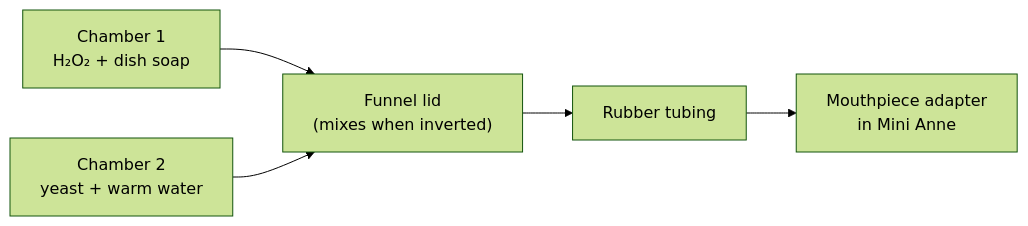
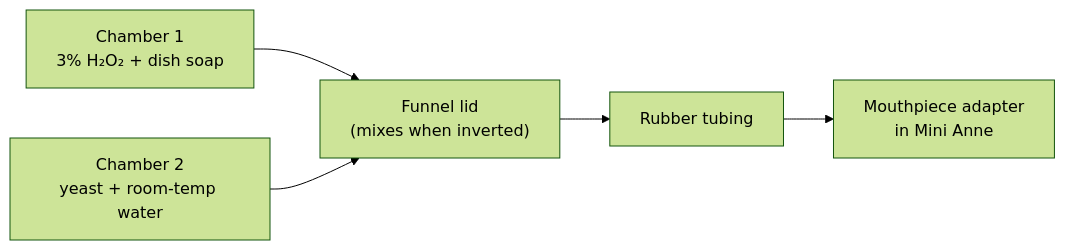
One commit to LavaTiger99/drowning-foaming-mannequin changed the diagram in README.md. Above: the diagram before and after it, drawn with Mermaid (forest theme). The commit also changed other lines of this file and 3 other files, not shown here.

````diff
--- a/README.md
+++ b/README.md
@@ -24,12 +24,12 @@
 ```mermaid
 flowchart LR
-  C1["Chamber 1<br/>H₂O₂ + dish soap"]
-  C2["Chamber 2<br/>yeast + warm water"]
+  C1["Chamber 1<br/>3% H₂O₂ + dish soap"]
+  C2["Chamber 2<br/>yeast + room-temp water"]
   Lid["Funnel lid<br/>(mixes when inverted)"]
   Tube["Rubber tubing"]
   Mouth["Mouthpiece adapter<br/>in Mini Anne"]
 
   C1 --> Lid
   C2 --> Lid
   Lid --> Tube --> Mouth
 ```
````
